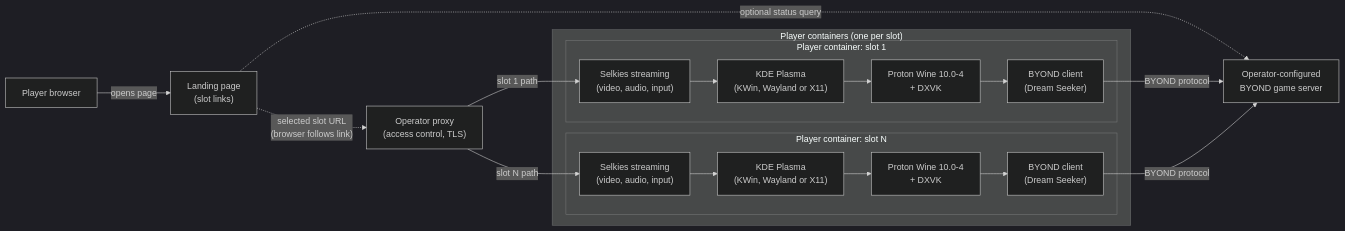
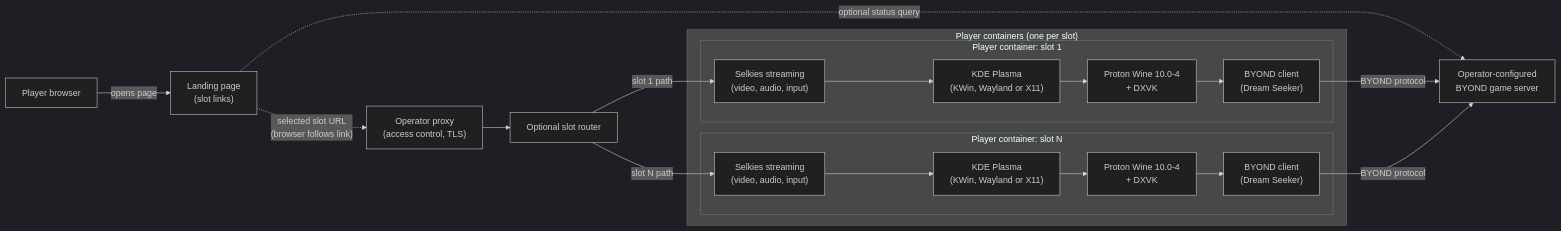
Before and after one commit to flashdim/tgstation-gateway: the diagram in README.md, drawn with Mermaid (dark theme). The commit also changed other lines of this file and 4 other files, not shown here.

Commit message:
Add Traefik-backed fixed-slot router

````diff
--- a/README.md
+++ b/README.md
@@ -19,22 +19,23 @@
 ```mermaid
 flowchart LR
     Browser["Player browser"] -->|"opens page"| Landing["Landing page<br/>(slot links)"]
     Landing -.->|"selected slot URL<br/>(browser follows link)"| Proxy["Operator proxy<br/>(access control, TLS)"]
-    Proxy -->|"slot 1 path"| Selkies1
-    Proxy -->|"slot N path"| SelkiesN
+    Proxy --> Router["Optional slot router"]
+    Router -->|"slot 1 path"| Selkies1
+    Router -->|"slot N path"| SelkiesN
     subgraph Players["Player containers (one per slot)"]
         subgraph Player1["Player container: slot 1"]
             Selkies1["Selkies streaming<br/>(video, audio, input)"] --> Desktop1["KDE Plasma<br/>(KWin, Wayland or X11)"]
             Desktop1 --> Wine1["Proton Wine 10.0-4<br/>+ DXVK"]
             Wine1 --> Client1["BYOND client<br/>(Dream Seeker)"]
         end
         subgraph PlayerN["Player container: slot N"]
             SelkiesN["Selkies streaming<br/>(video, audio, input)"] --> DesktopN["KDE Plasma<br/>(KWin, Wayland or X11)"]
             DesktopN --> WineN["Proton Wine 10.0-4<br/>+ DXVK"]
             WineN --> ClientN["BYOND client<br/>(Dream Seeker)"]
         end
     end
     Landing -.->|"optional status query"| Server
     Client1 -->|"BYOND protocol"| Server["Operator-configured<br/>BYOND game server"]
     ClientN -->|"BYOND protocol"| Server
 ```
````
